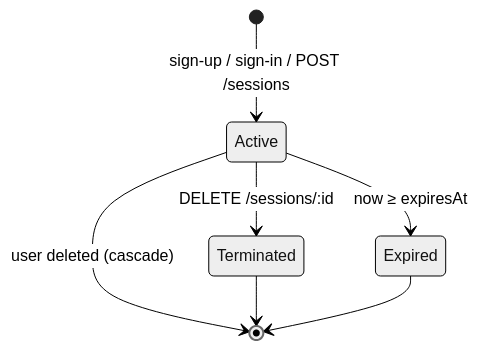
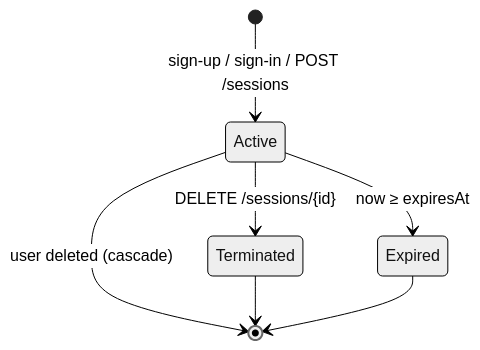
Before and after one commit to dmytro-davydov-dev/user-management: the diagram in docs/auth-and-sessions.md, drawn with Mermaid (neutral theme). The commit also changed 8 other files, not shown here.

First line of the commit message:
fix: resolve @um/shared types from source and repair Mermaid diagrams

````diff
--- a/docs/auth-and-sessions.md
+++ b/docs/auth-and-sessions.md
@@ -9,9 +9,9 @@
 ```mermaid
 stateDiagram-v2
   [*] --> Active: sign-up / sign-in / POST /sessions
-  Active --> Terminated: DELETE /sessions/:id
+  Active --> Terminated: DELETE /sessions/{id}
   Active --> Expired: now ≥ expiresAt
   Active --> [*]: user deleted (cascade)
   Terminated --> [*]
   Expired --> [*]
 ```
````
